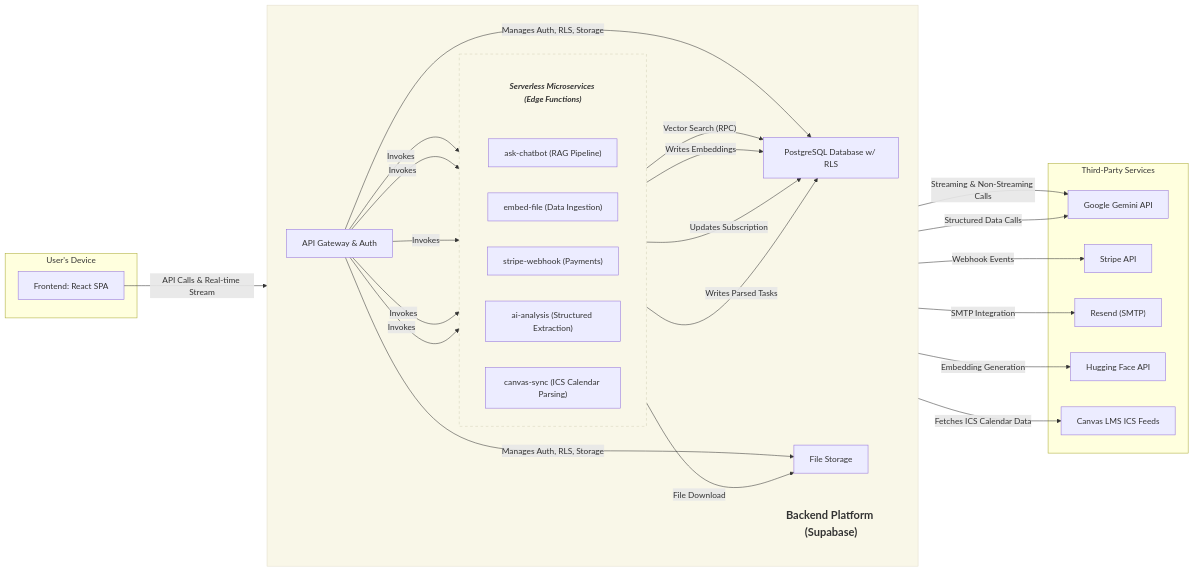
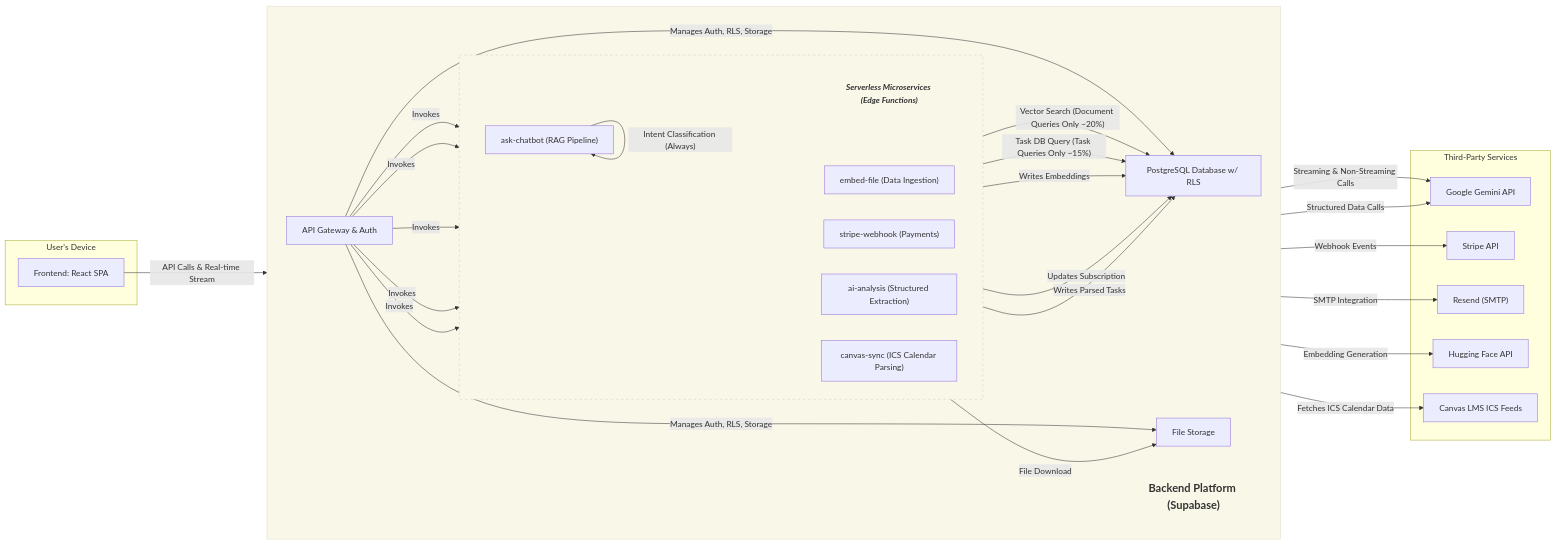
One commit to tonytrieu-dev/schedulebud-overview changed the diagram in README.md. Above: the diagram before and after it, drawn with Mermaid. The commit also changed other lines of this file, not shown here.

Commit message:
Revise key architectural features and implementations
Updated architectural features and technical implementations in README.md for clarity and detail.

````diff
--- a/README.md
+++ b/README.md
@@ -37,72 +37,74 @@
 ```mermaid
 graph LR
     subgraph "User's Device"
         A[Frontend: React SPA]
     end
 
     %% Main Backend Platform Subgraph
     subgraph P1[ ]
         direction LR
         style P1 fill:#f9f7e8,stroke:#e0dcca
 
         %% Manual Title Node for Backend Platform
         P_Title["<b>Backend Platform (Supabase)</b>"]
         style P_Title fill:none,stroke:none,font-weight:bold,font-size:1.1em
 
         B[API Gateway & Auth]
         C[PostgreSQL Database w/ RLS]
         E[File Storage]
         
         %% Serverless Microservices Group
         subgraph F_Group [ ]
             direction LR
             style F_Group fill:#f9f7e8,stroke:#d3d0b8,stroke-dasharray: 5 5
 
             %% Manual Title Node for Serverless Microservices
             F_Title["<b>Serverless Microservices (Edge Functions)</b>"]
             style F_Title fill:none,stroke:none,font-weight:normal,font-style:italic,font-size:1em
 
             F1["ask-chatbot (RAG Pipeline)"]
             F2["embed-file (Data Ingestion)"]
             F3["stripe-webhook (Payments)"]
             F4["ai-analysis (Structured Extraction)"]
             F5["canvas-sync (ICS Calendar Parsing)"]
         end
     end
 
     subgraph "Third-Party Services"
         G[Google Gemini API]
         H[Stripe API]
         I["Resend (SMTP)"]
         J[Hugging Face API]
         K[Canvas LMS ICS Feeds]
     end
 
     %% Define connections
     A -- "API Calls & Real-time Stream" --> B
-    
+
     B -- "Invokes" --> F1
     B -- "Invokes" --> F2
     B -- "Invokes" --> F3
     B -- "Invokes" --> F4
     B -- "Invokes" --> F5
 
     B -- "Manages Auth, RLS, Storage" --> C
     B -- "Manages Auth, RLS, Storage" --> E
     B -- "SMTP Integration" --> I
 
-    F1 -- "Vector Search (RPC)" --> C
+    F1 -- "Intent Classification (Always)" --> F1
+    F1 -- "Vector Search (Document Queries Only ~20%)" --> C
+    F1 -- "Task DB Query (Task Queries Only ~15%)" --> C
     F1 -- "Streaming & Non-Streaming Calls" --> G
-    
+
     F2 -- "File Download" --> E
     F2 -- "Embedding Generation" --> J
     F2 -- "Writes Embeddings" --> C
 
     F3 -- "Webhook Events" --> H
     F3 -- "Updates Subscription" --> C
 
     F4 -- "Structured Data Calls" --> G
 
     F5 -- "Fetches ICS Calendar Data" --> K
     F5 -- "Writes Parsed Tasks" --> C
 ```
````
